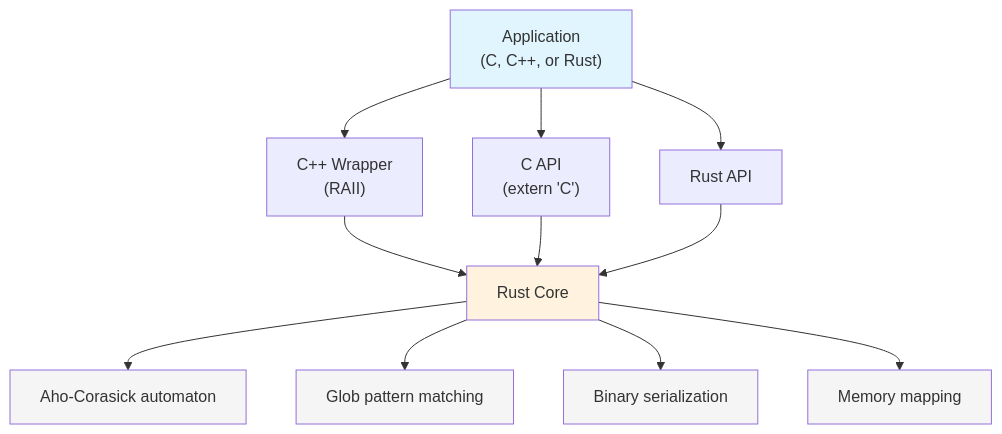
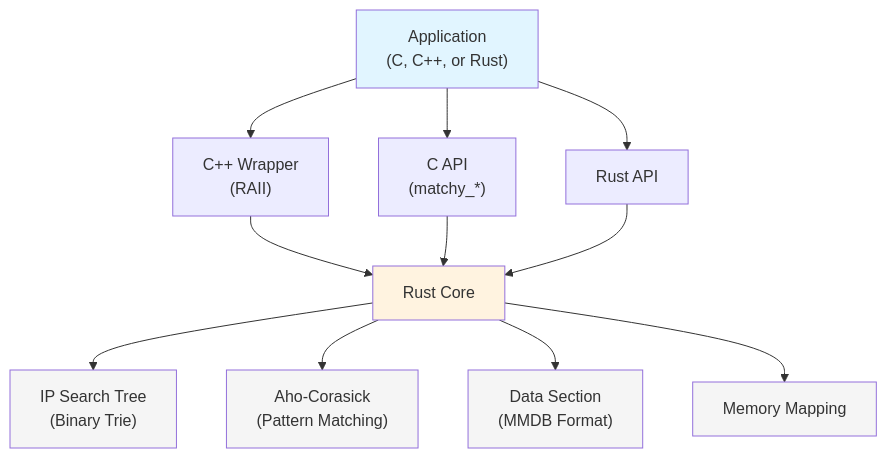
Before and after one commit to sethhall/matchy: the diagram in README.md, drawn with Mermaid. The commit also changed other lines of this file and 45 other files, not shown here.

````diff
--- a/README.md
+++ b/README.md
@@ -103,18 +191,18 @@
 ```mermaid
 flowchart TD
-    App["Application<br/>(C, C++, or Rust)"] --> CPP["C++ Wrapper<br/>(RAII)"] & CAPI["C API<br/>(extern 'C')"] & Rust["Rust API"]
+    App["Application<br/>(C, C++, or Rust)"] --> CPP["C++ Wrapper<br/>(RAII)"] & CAPI["C API<br/>(matchy_*)"] & Rust["Rust API"]
     CPP --> Core
     CAPI --> Core
     Rust --> Core
-    Core["Rust Core"] --> AC["Aho-Corasick automaton"]
-    Core --> Glob["Glob pattern matching"]
-    Core --> Ser["Binary serialization"]
-    Core --> Mmap["Memory mapping"]
+    Core["Rust Core"] --> IPTree["IP Search Tree<br/>(Binary Trie)"]
+    Core --> AC["Aho-Corasick<br/>(Pattern Matching)"]
+    Core --> Data["Data Section<br/>(MMDB Format)"]
+    Core --> Mmap["Memory Mapping"]
     
     style App fill:#e1f5ff
     style Core fill:#fff3e0
+    style IPTree fill:#f5f5f5
     style AC fill:#f5f5f5
-    style Glob fill:#f5f5f5
-    style Ser fill:#f5f5f5
+    style Data fill:#f5f5f5
     style Mmap fill:#f5f5f5
 ```
````
